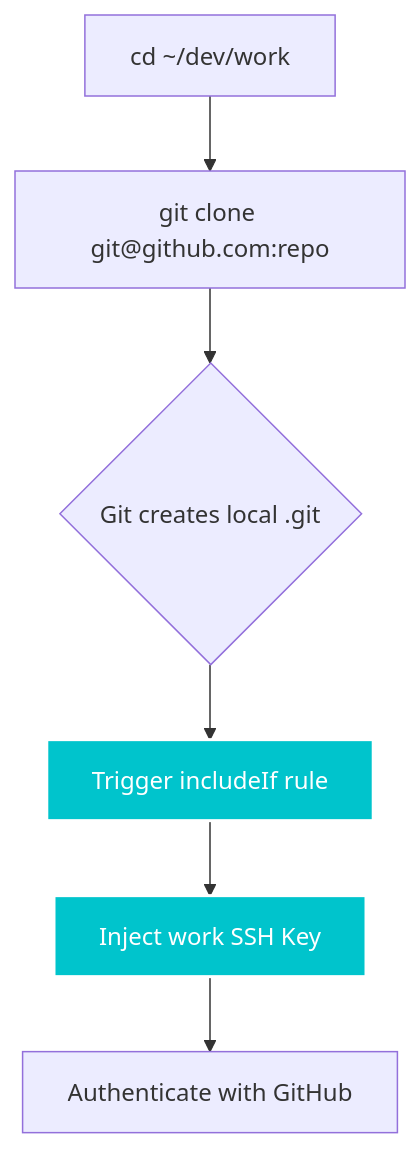
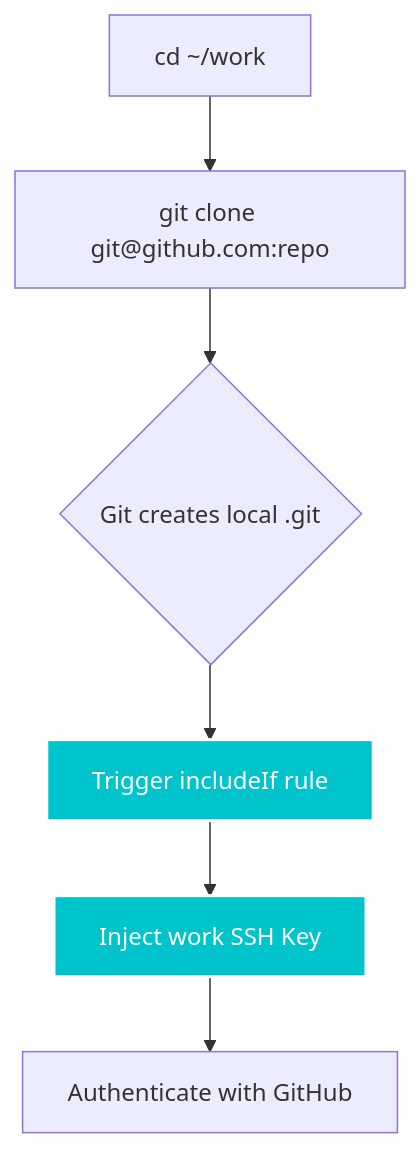
One commit to bhaskarjha-com/gideon changed the diagram in README.md. Above: the diagram before and after it, drawn with Mermaid. The commit also changed other lines of this file and 32 other files, not shown here.

````diff
--- a/README.md
+++ b/README.md
@@ -64,11 +49,11 @@
 ```mermaid
 graph TD
-    A[cd ~/dev/work] --> B[git clone git@github.com:repo]
+    A[cd ~/work] --> B[git clone git@github.com:repo]
     B --> C{Git creates local .git}
     C --> D[Trigger includeIf rule]
     D --> E[Inject work SSH Key]
     E --> F[Authenticate with GitHub]
     
     classDef highlight fill:#00c4cc,stroke:#fff,stroke-width:2px,color:#fff;
     class D,E highlight;
 ```
````
